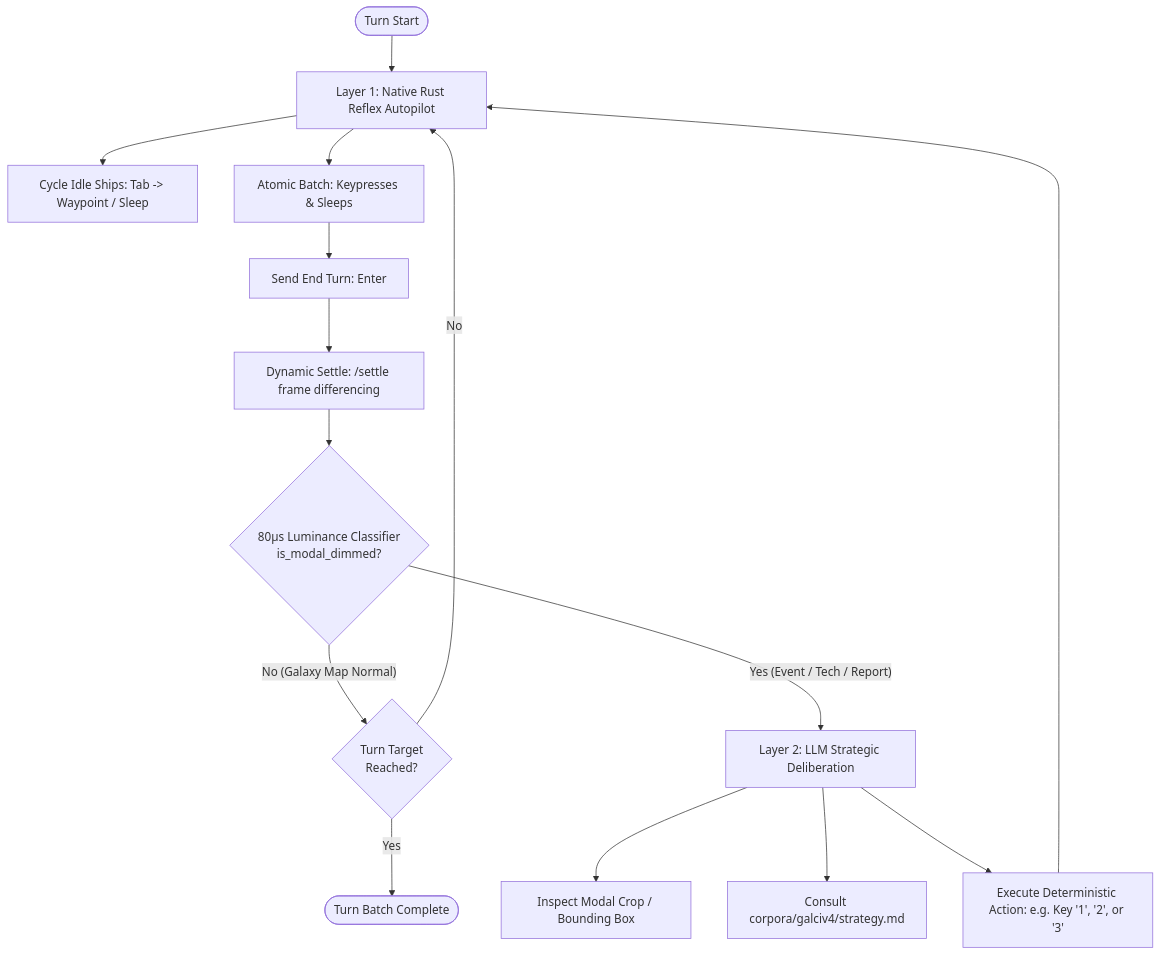
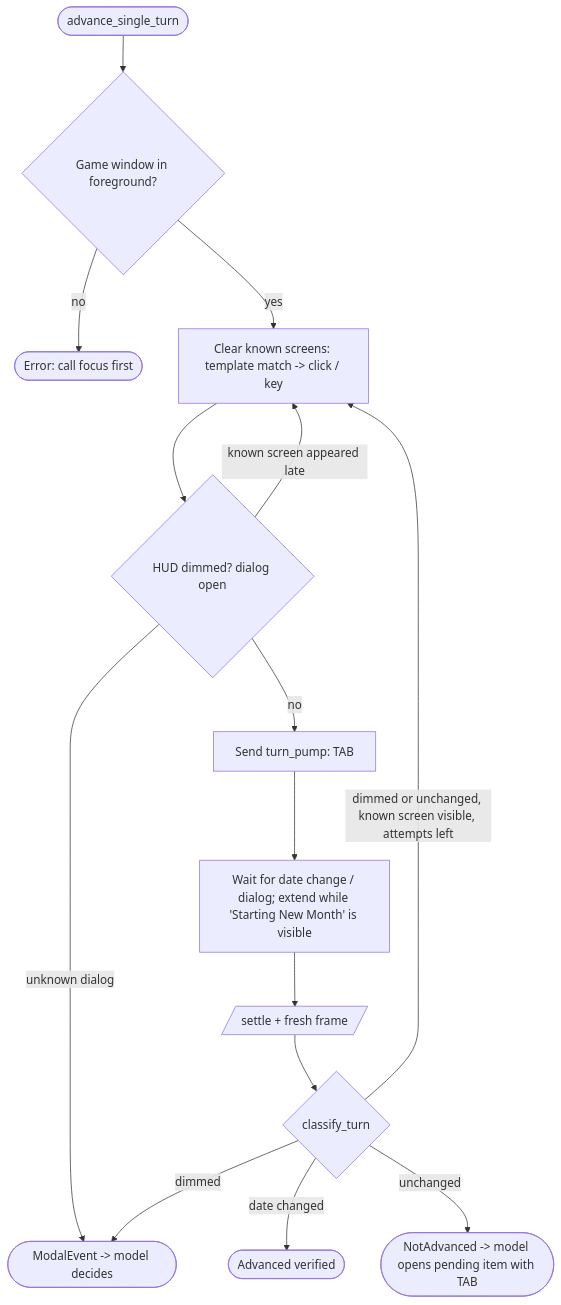
The diagram in ARCHITECTURE.md (jad0083/game-harness), drawn with Mermaid before and after one commit. The commit also changed other lines of this file and 3 other files, not shown here.

First line of the commit message:
docs: bring README, ARCHITECTURE, PLAYING and strategy up to date

````diff
--- a/ARCHITECTURE.md
+++ b/ARCHITECTURE.md
@@ -55,19 +58,17 @@
 ```mermaid
 flowchart TD
-    Start([Turn Start]) --> L1[Layer 1: Native Rust Reflex Autopilot]
-    L1 --> Cycle[Cycle Idle Ships: Tab -> Waypoint / Sleep]
-    L1 --> SettleActions[Atomic Batch: Keypresses & Sleeps]
-    SettleActions --> EndTurn[Send End Turn: Enter]
-    EndTurn --> Settle[Dynamic Settle: /settle frame differencing]
-    Settle --> DetectModal{80µs Luminance Classifier\nis_modal_dimmed?}
-
-    DetectModal -- "No (Galaxy Map Normal)" --> TurnCheck{Turn Target\nReached?}
-    TurnCheck -- "No" --> L1
-    TurnCheck -- "Yes" --> SettleDone([Turn Batch Complete])
-
-    DetectModal -- "Yes (Event / Tech / Report)" --> L2[Layer 2: LLM Strategic Deliberation]
-    L2 --> InspectCrop[Inspect Modal Crop / Bounding Box]
-    L2 --> ConsultPlaybook[Consult corpora/galciv4/strategy.md]
-    L2 --> ExecuteChoice[Execute Deterministic Action: e.g. Key '1', '2', or '3']
-    ExecuteChoice --> L1
+    Start([advance_single_turn]) --> FG{Game window in foreground?}
+    FG -- no --> Refuse([Error: call focus first])
+    FG -- yes --> Clear[Clear known screens: template match -> click / key]
+    Clear --> Dim{HUD dimmed? dialog open}
+    Dim -- "known screen appeared late" --> Clear
+    Dim -- "unknown dialog" --> Modal([ModalEvent -> model decides])
+    Dim -- no --> Tab[Send turn_pump: TAB]
+    Tab --> Wait[Wait for date change / dialog; extend while 'Starting New Month' is visible]
+    Wait --> Settle[/settle + fresh frame/]
+    Settle --> Verdict{classify_turn}
+    Verdict -- "date changed" --> Adv([Advanced verified])
+    Verdict -- "dimmed or unchanged, known screen visible, attempts left" --> Clear
+    Verdict -- "dimmed" --> Modal
+    Verdict -- "unchanged" --> NotAdv([NotAdvanced -> model opens pending item with TAB])
 ```
````
